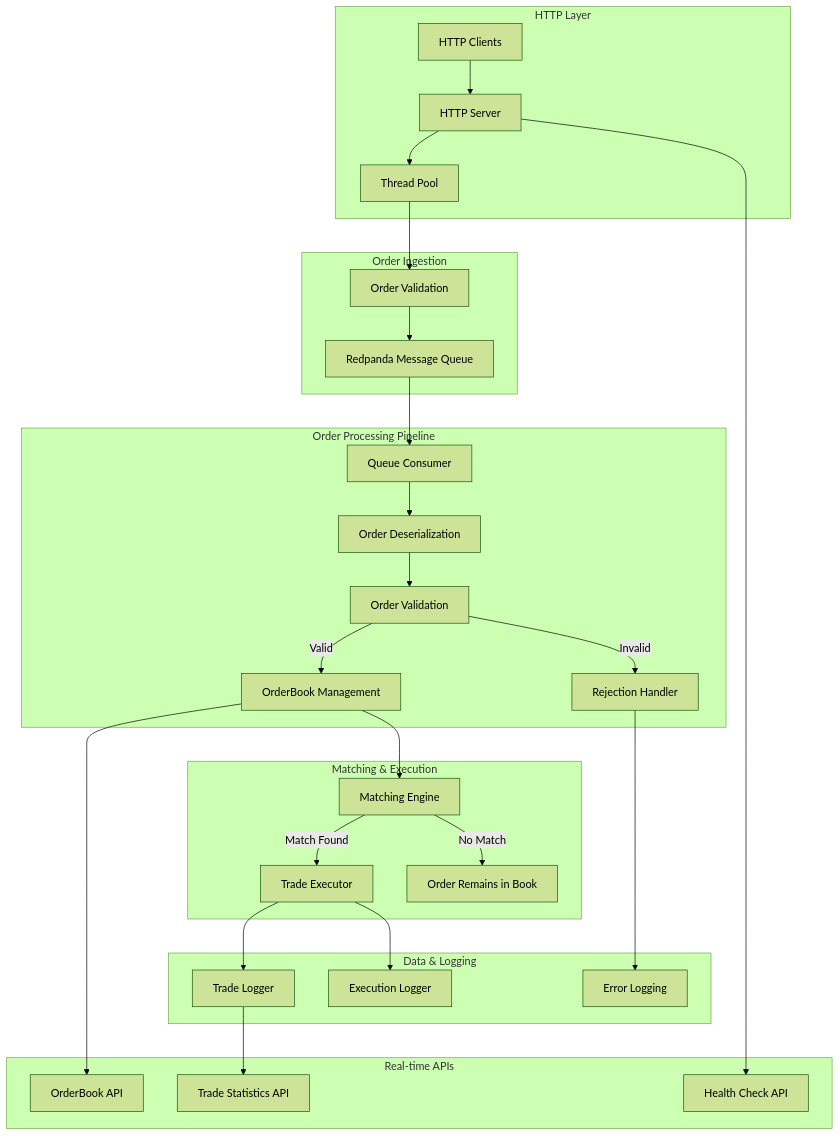
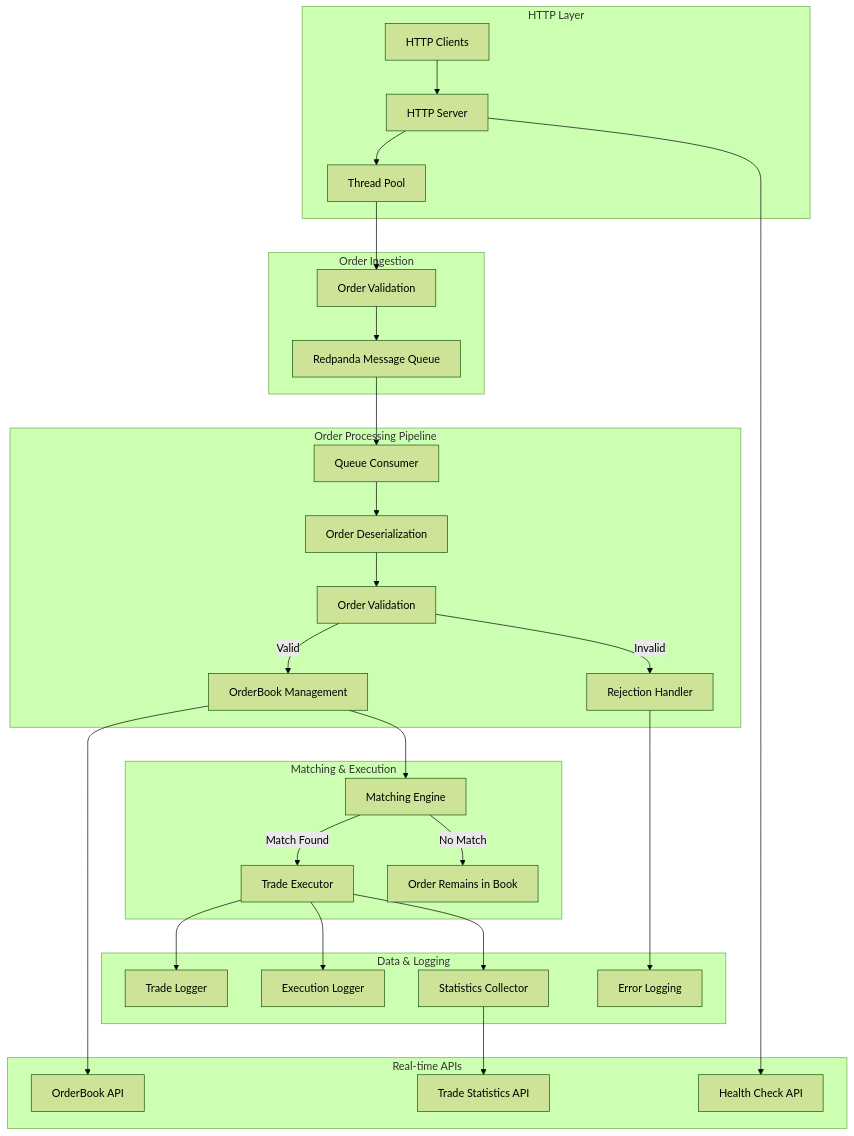
Before and after one commit to ACquantclub/live-trading-engine: the diagram in README.md, drawn with Mermaid (forest theme). The commit also changed other lines of this file and 10 other files, not shown here.

````diff
--- a/README.md
+++ b/README.md
@@ -10,38 +10,39 @@
 ```mermaid
 graph TD
     subgraph "HTTP Layer"
         A[HTTP Clients] --> B[HTTP Server]
         B --> C[Thread Pool]
     end
 
     subgraph "Order Ingestion"
         C --> D[Order Validation]
         D --> E[Redpanda Message Queue]
     end
 
     subgraph "Order Processing Pipeline"
         E --> F[Queue Consumer]
         F --> G[Order Deserialization]
         G --> H[Order Validation]
         H -- Valid --> I[OrderBook Management]
         H -- Invalid --> J[Rejection Handler]
     end
 
     subgraph "Matching & Execution"
         I --> K[Matching Engine]
         K -- Match Found --> L[Trade Executor]
         K -- No Match --> M[Order Remains in Book]
     end
     
     subgraph "Data & Logging"
         L --> N[Trade Logger]
         L --> O[Execution Logger]
+        L --> P[Statistics Collector]
         J --> R[Error Logging]
     end
 
     subgraph "Real-time APIs"
         I --> S[OrderBook API]
-        N --> T[Trade Statistics API]
+        P --> T[Trade Statistics API]
         B --> U[Health Check API]
     end
 ```
````
